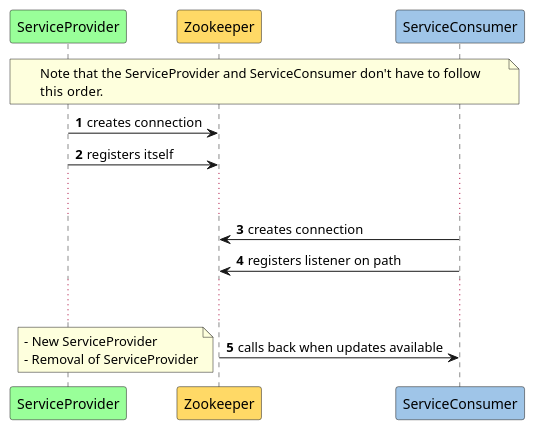
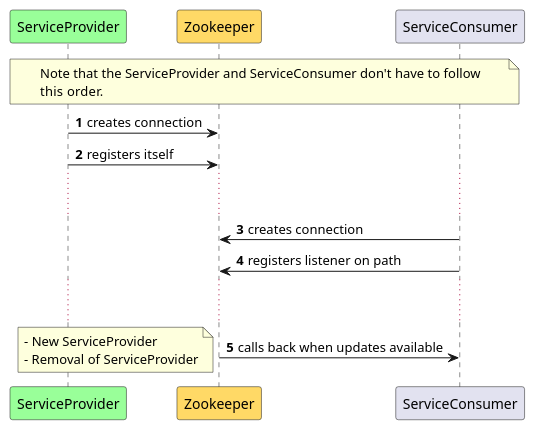
The diagram in assets/sequence.puml (ubirch/zookeeper-service-discovery), drawn with PlantUML before and after one commit. The commit also changed 4 other files, not shown here.

```diff
--- a/assets/sequence.puml
+++ b/assets/sequence.puml
@@ -1,28 +1,28 @@
 @startuml
 'https://plantuml.com/sequence-diagram
 
 autonumber
 
 participant ServiceProvider #99FF99
 participant Zookeeper #ffd966
-participant ServiceConsumer #9fc5e8
+participant ServiceConsumer
 
 note over ServiceConsumer, ServiceProvider
 Note that the ServiceProvider and ServiceConsumer don't have to follow
 this order.
 end note
 
 ServiceProvider -> Zookeeper: creates connection
 ServiceProvider -> Zookeeper: registers itself
 ... ...
 ServiceConsumer -> Zookeeper: creates connection
 ServiceConsumer -> Zookeeper: registers listener on path
 ... ...
 
 Zookeeper -> ServiceConsumer: calls back when updates available
 note left
     - New ServiceProvider
     - Removal of ServiceProvider
 end note
 
 @enduml
```
